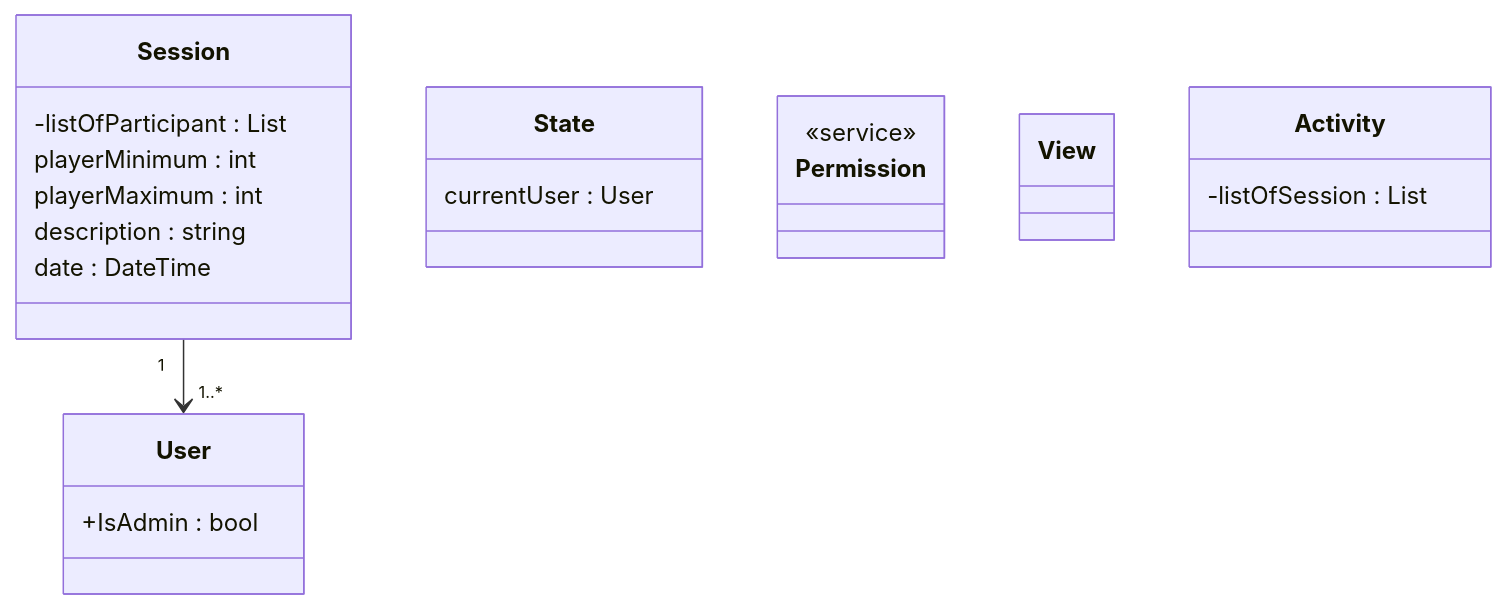
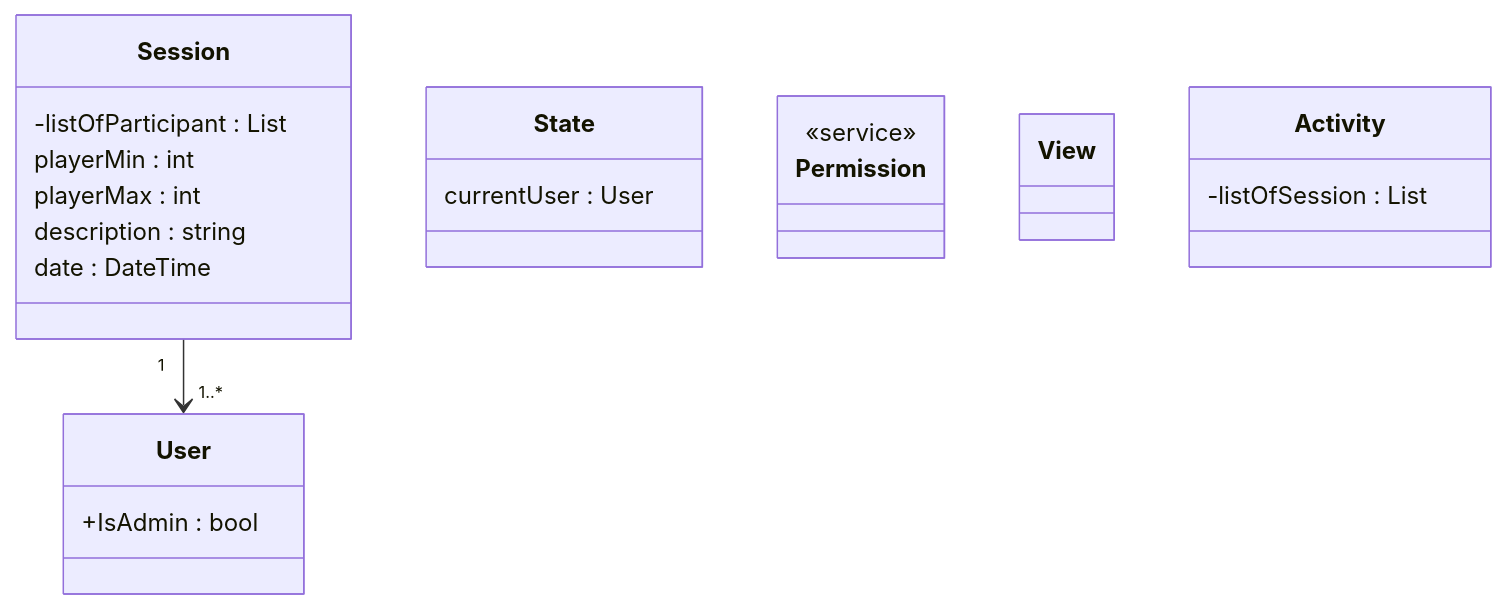
One commit to MatiasHeiberg/1.semesterprojekt changed the fourth of 4 diagrams in 02 notes/Klassediagram.md. Above: the diagram before and after it, drawn with Mermaid. The commit also changed 2 other files, not shown here.

Commit message:
Sekvensdiagram

````diff
--- a/02 notes/Klassediagram.md
+++ b/02 notes/Klassediagram.md
@@ -129,34 +129,34 @@
 ```mermaid
 classDiagram
 
 %% Class definitions
 class Session {
     -listOfParticipant : List<User>
-	playerMinimum : int 
-	playerMaximum : int
+	playerMin : int 
+	playerMax : int
 	description : string
 	date : DateTime
 	
 }
 class User {
 	+IsAdmin : bool
 	
 }
 class State {
 	currentUser : User
 }
 %% Serviceklasse til at håndtere rettigheds kald i systemmet.
 class Permission {
 	<<service>>
 }
 
 class View
 
 class Activity {
 	-listOfSession : List<Session>
 }
 %% Class relationships
 Session "1" --> "1..*" User
 
 
 ```
````
